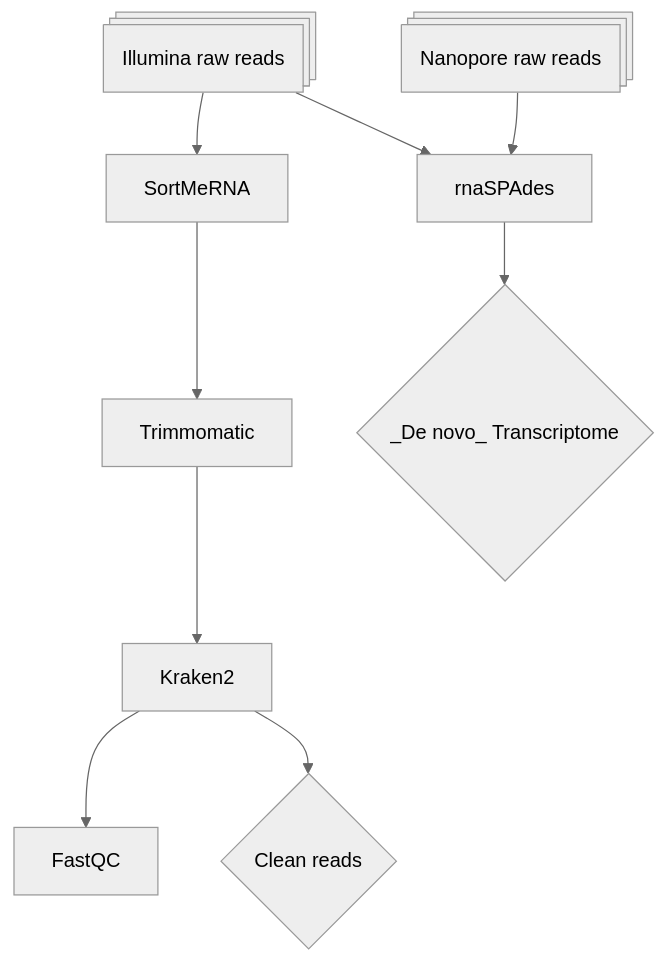
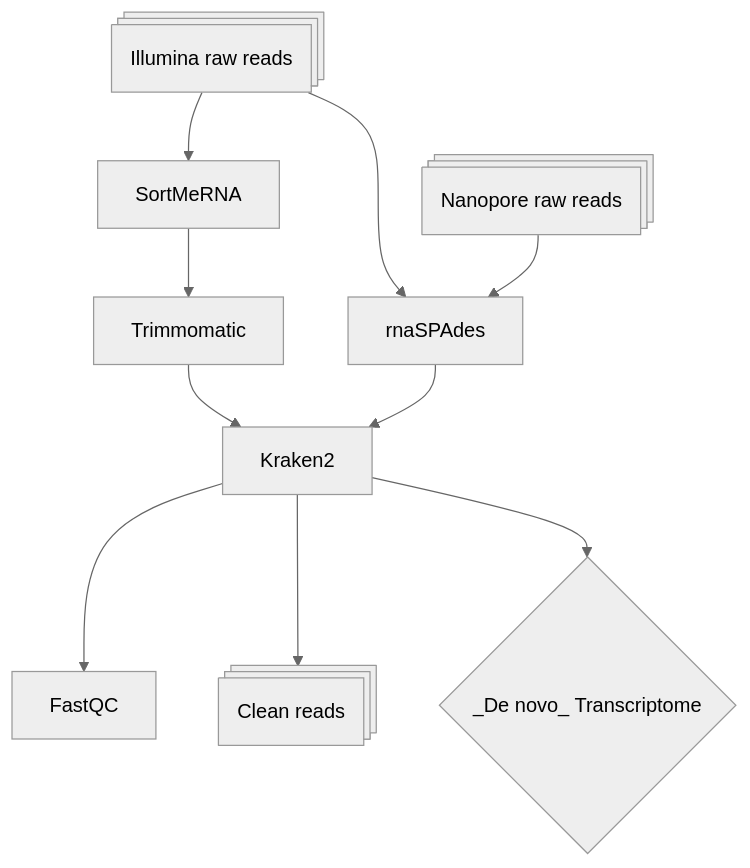
One commit to kuprinak/Phragmites_drought_RNAseq changed the diagram in README.md. Above: the diagram before and after it, drawn with Mermaid (neutral theme).

````diff
--- a/README.md
+++ b/README.md
@@ -6,12 +6,12 @@
 ```mermaid
 flowchart TB
     A@{shape: procs, label: "Illumina raw reads"} --> B[SortMeRNA];
     B --> C[Trimmomatic];
-    C --> D[Kraken2];
-    D --> E[FastQC];
-    D --> F{Clean reads};
+    C --> K[Kraken2];
+    K --> E[FastQC];
+    K --> F@{shape: procs, label: "Clean reads"};
     A --> G[rnaSPAdes];
     AA@{shape: procs, label: "Nanopore raw reads"} --> G[rnaSPAdes];
-    G --> T{_De novo_ Transcriptome};
-    
+    G --> K
+    K -->T{_De novo_ Transcriptome};
 ```
````
